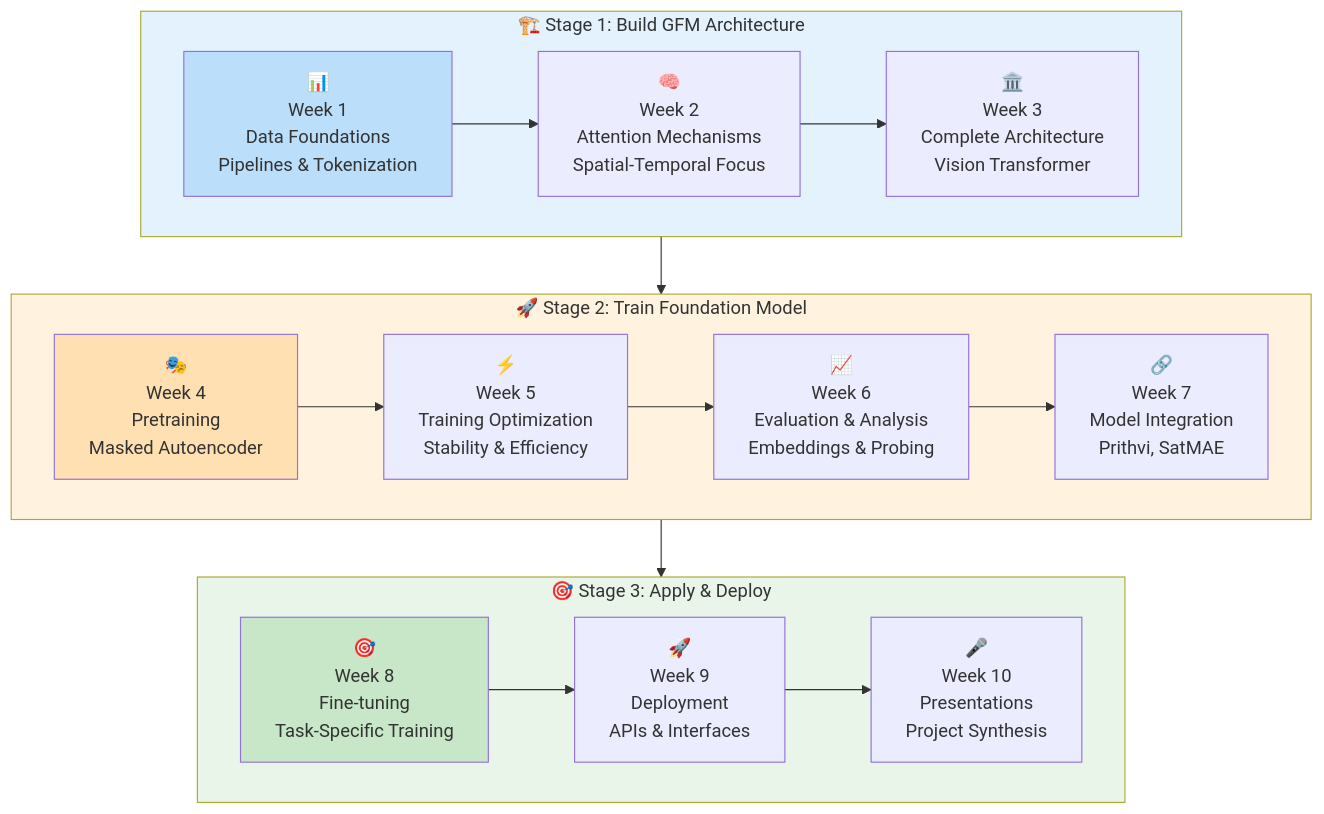
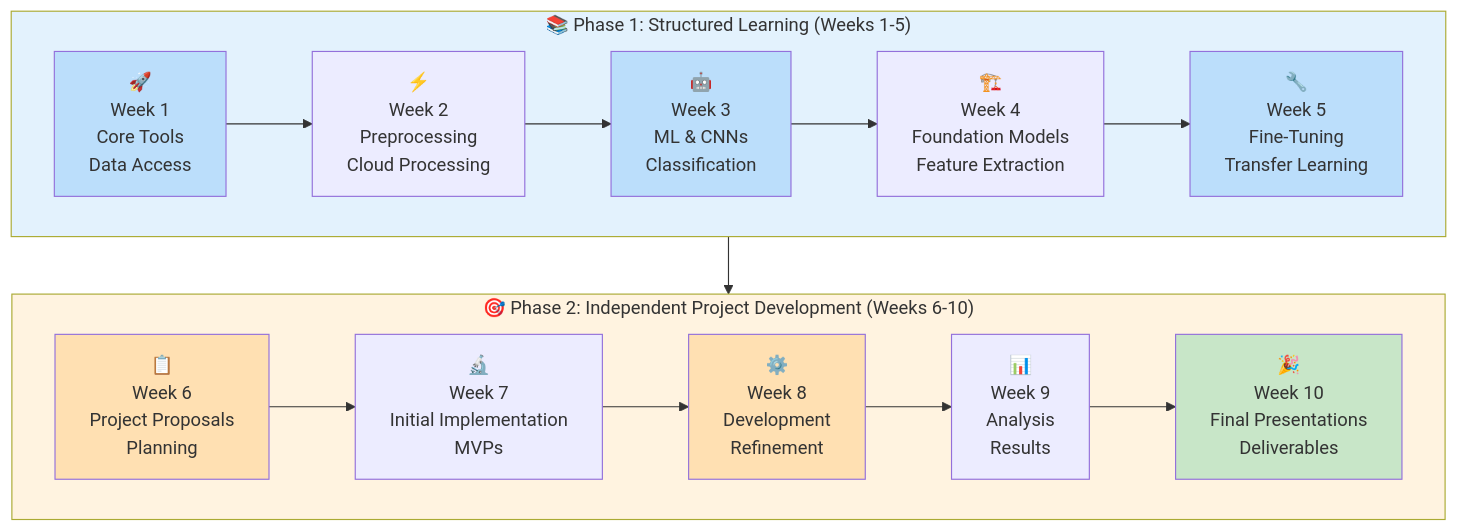
Before and after one commit to octopifriends/gfms-from-scratch.github.io: the diagram in book/index.qmd, drawn with Mermaid. The commit also changed other lines of this file and 93 other files, not shown here.

````diff
--- a/book/index.qmd
+++ b/book/index.qmd
@@ -34,31 +35,29 @@
 ```{mermaid}
 flowchart TD
-    subgraph Stage1 ["🏗️ Stage 1: Build GFM Architecture"]
+    subgraph Phase1 ["📚 Phase 1: Structured Learning (Weeks 1-5)"]
         direction LR
-        W1["📊<br/>Week 1<br/>Data Foundations<br/>Pipelines & Tokenization"] --> W2["🧠<br/>Week 2<br/>Attention Mechanisms<br/>Spatial-Temporal Focus"]
-        W2 --> W3["🏛️<br/>Week 3<br/>Complete Architecture<br/>Vision Transformer"]
+        W1["🚀<br/>Week 1<br/>Core Tools<br/>Data Access"] --> W2["⚡<br/>Week 2<br/>Preprocessing<br/>Cloud Processing"]
+        W2 --> W3["🤖<br/>Week 3<br/>ML & CNNs<br/>Classification"]
+        W3 --> W4["🏗️<br/>Week 4<br/>Foundation Models<br/>Feature Extraction"]
+        W4 --> W5["🔧<br/>Week 5<br/>Fine-Tuning<br/>Transfer Learning"]
     end
-    
-    subgraph Stage2 ["🚀 Stage 2: Train Foundation Model"]
+
+    subgraph Phase2 ["🎯 Phase 2: Independent Project Development (Weeks 6-10)"]
         direction LR
-        W4["🎭<br/>Week 4<br/>Pretraining<br/>Masked Autoencoder"] --> W5["⚡<br/>Week 5<br/>Training Optimization<br/>Stability & Efficiency"]
-        W5 --> W6["📈<br/>Week 6<br/>Evaluation & Analysis<br/>Embeddings & Probing"]
-        W6 --> W7["🔗<br/>Week 7<br/>Model Integration<br/>Prithvi, SatMAE"]
+        W6["📋<br/>Week 6<br/>Project Proposals<br/>Planning"] --> W7["🔬<br/>Week 7<br/>Initial Implementation<br/>MVPs"]
+        W7 --> W8["⚙️<br/>Week 8<br/>Development<br/>Refinement"]
+        W8 --> W9["📊<br/>Week 9<br/>Analysis<br/>Results"]
+        W9 --> W10["🎉<br/>Week 10<br/>Final Presentations<br/>Deliverables"]
     end
-    
-    subgraph Stage3 ["🎯 Stage 3: Apply & Deploy"]
-        direction LR
-        W8["🎯<br/>Week 8<br/>Fine-tuning<br/>Task-Specific Training"] --> W9["🚀<br/>Week 9<br/>Deployment<br/>APIs & Interfaces"]
-        W9 --> W10["🎤<br/>Week 10<br/>Presentations<br/>Project Synthesis"]
-    end
-    
-    Stage1 --> Stage2
-    Stage2 --> Stage3
-    
-    style Stage1 fill:#e3f2fd
-    style Stage2 fill:#fff3e0  
-    style Stage3 fill:#e8f5e8
+
+    Phase1 --> Phase2
+
+    style Phase1 fill:#e3f2fd
+    style Phase2 fill:#fff3e0
     style W1 fill:#bbdefb
-    style W4 fill:#ffe0b2
-    style W8 fill:#c8e6c8
+    style W3 fill:#bbdefb
+    style W5 fill:#bbdefb
+    style W6 fill:#ffe0b2
+    style W8 fill:#ffe0b2
+    style W10 fill:#c8e6c8
 ```
````
